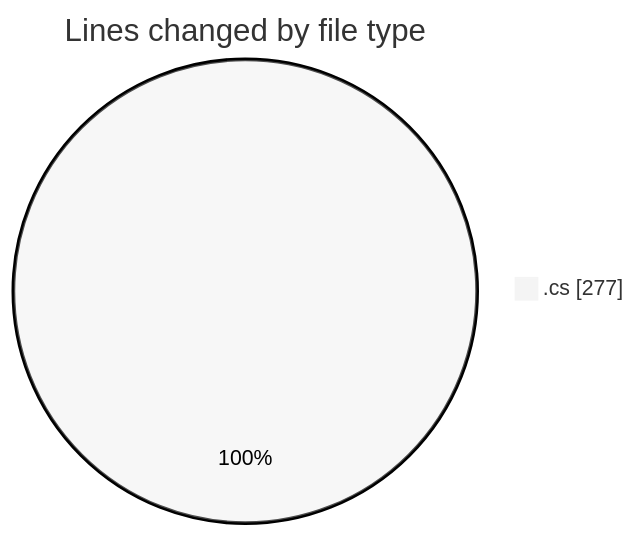
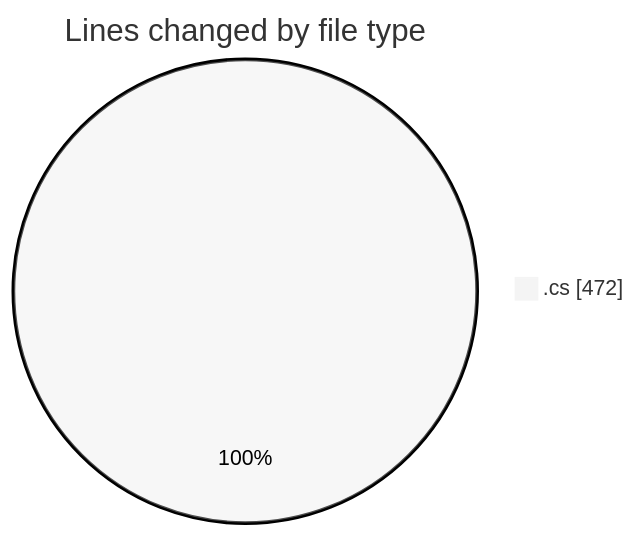
Before and after one commit to Netris89/code-tracking: the first of 2 diagrams in 2025-03-29/back-end/README.md, drawn with Mermaid (neutral theme). The commit also changed other lines of this file and 1 other file, not shown here.

````diff
--- a/2025-03-29/back-end/README.md
+++ b/2025-03-29/back-end/README.md
@@ -20,5 +21,5 @@
 ```mermaid
 pie showData
 title Lines changed by file type
-".cs" : 277
+".cs" : 472
 ```
````
